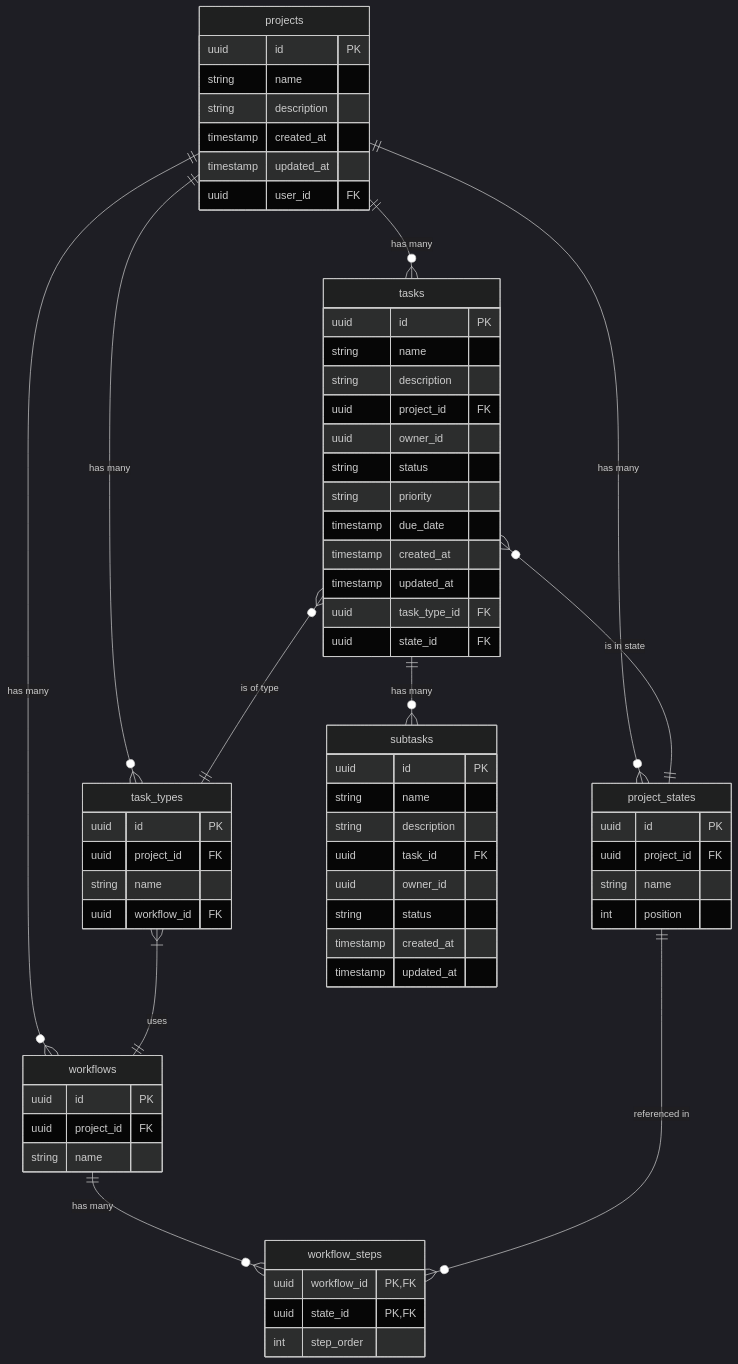
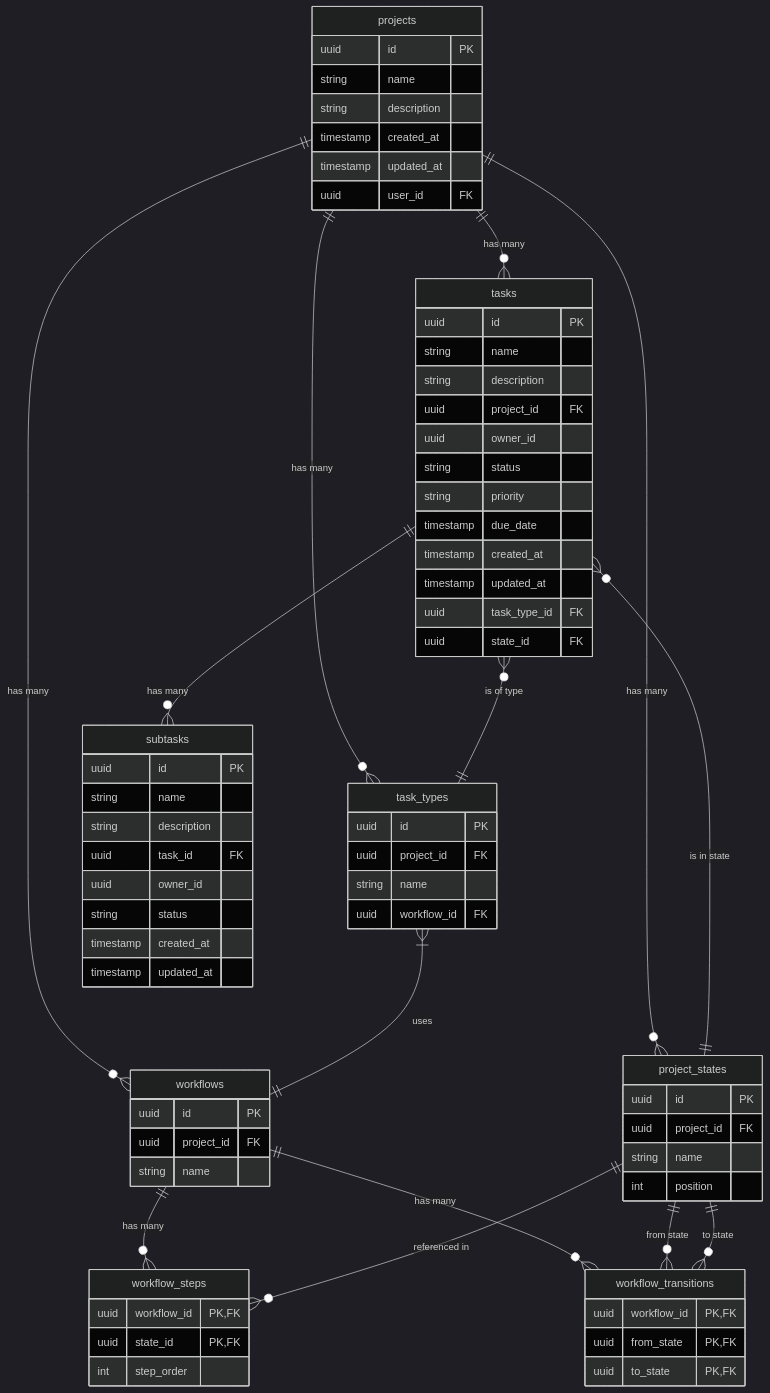
The diagram in docs/architecture/db.md (chrisrneal/task-manager), drawn with Mermaid (dark theme) before and after one commit. The commit also changed other lines of this file and 1 other file, not shown here.

Commit message:
Add workflow_transitions table and update documentation

```diff
--- a/docs/architecture/db.md
+++ b/docs/architecture/db.md
@@ -32,6 +32,12 @@
         uuid workflow_id PK,FK
         uuid state_id PK,FK
         int step_order
+    }
+    
+    workflow_transitions {
+        uuid workflow_id PK,FK
+        uuid from_state PK,FK
+        uuid to_state PK,FK
     }
     
     task_types {
@@ -73,7 +79,10 @@
     projects ||--o{ workflows : "has many"
     projects ||--o{ task_types : "has many"
     workflows ||--o{ workflow_steps : "has many"
+    workflows ||--o{ workflow_transitions : "has many"
     project_states ||--o{ workflow_steps : "referenced in"
+    project_states ||--o{ workflow_transitions : "from state"
+    project_states ||--o{ workflow_transitions : "to state"
     task_types }|--|| workflows : "uses"
     tasks }o--|| task_types : "is of type"
     tasks }o--|| project_states : "is in state"
```
